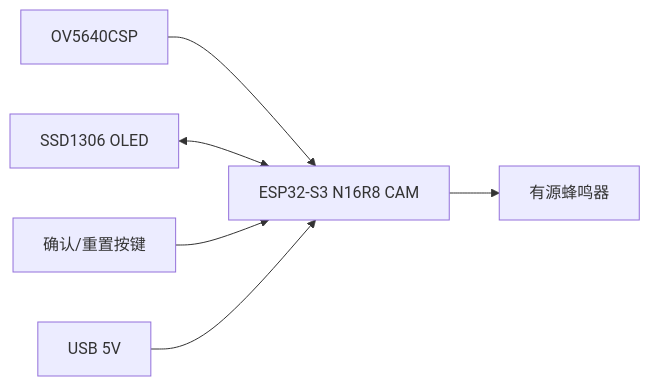
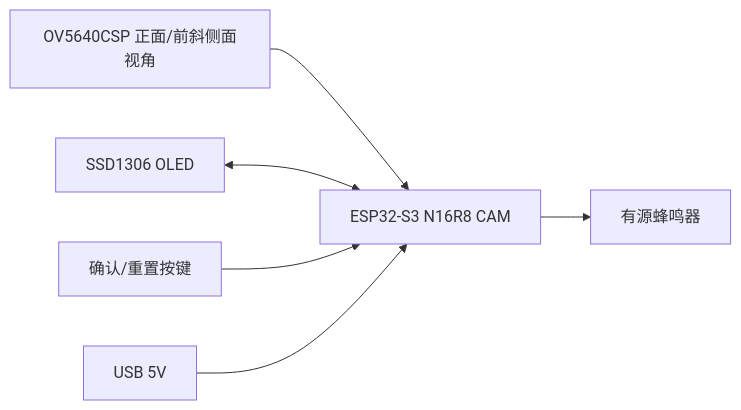
Before and after one commit to Muye2026/Bell-Robot: the first of 2 diagrams in embedded/docs/architecture.md, drawn with Mermaid. The commit also changed other lines of this file and 28 other files, not shown here.

````diff
--- a/embedded/docs/architecture.md
+++ b/embedded/docs/architecture.md
@@ -9,8 +9,8 @@
 ```mermaid
 flowchart LR
-  Camera["OV5640CSP"] --> MCU["ESP32-S3 N16R8 CAM"]
+  Camera["OV5640CSP 正面/前斜侧面视角"] --> MCU["ESP32-S3 N16R8 CAM"]
   OLED["SSD1306 OLED"] <--> MCU
   Button["确认/重置按键"] --> MCU
   MCU --> Buzzer["有源蜂鸣器"]
   USB["USB 5V"] --> MCU
 ```
````
